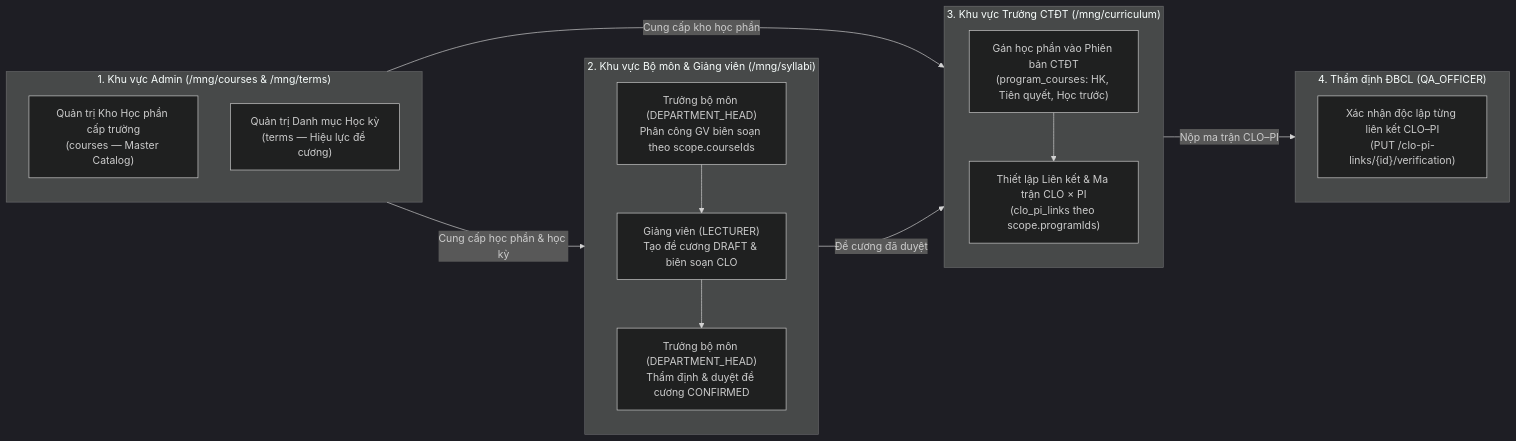
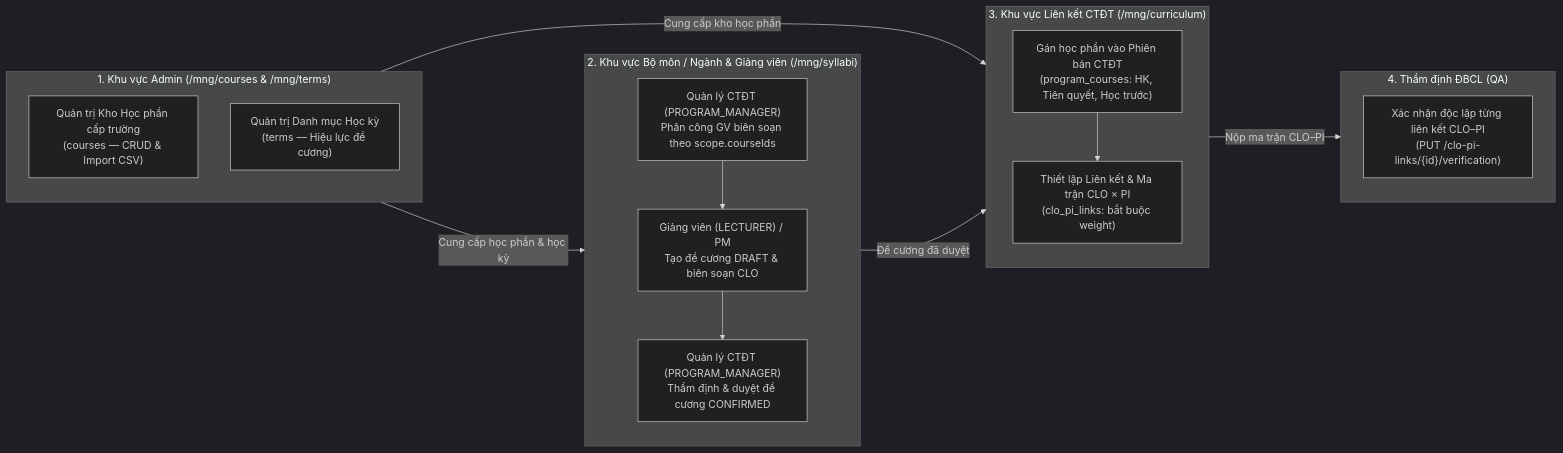
The first of 2 diagrams in doc/plan/F03-hoc-phan-clo-ui.md (UTE-LMS/LMS-UI), drawn with Mermaid (dark theme) before and after one commit. The commit also changed other lines of this file and 59 other files, not shown here.

Commit message:
refactor(ui): streamline 4 roles, upgrade F05b template CSV import, and align LOMS layout with UI.pdf

````diff
--- a/doc/plan/F03-hoc-phan-clo-ui.md
+++ b/doc/plan/F03-hoc-phan-clo-ui.md
@@ -15,29 +15,29 @@
 ```mermaid
 flowchart LR
     subgraph ADMIN_SPACE["1. Khu vực Admin (/mng/courses & /mng/terms)"]
-        A1["Quản trị Kho Học phần cấp trường<br/>(courses — Master Catalog)"]
+        A1["Quản trị Kho Học phần cấp trường<br/>(courses — CRUD & Import CSV)"]
         A2["Quản trị Danh mục Học kỳ<br/>(terms — Hiệu lực đề cương)"]
     end
 
-    subgraph DH_LEC_SPACE["2. Khu vực Bộ môn & Giảng viên (/mng/syllabi)"]
-        D1["Trưởng bộ môn (DEPARTMENT_HEAD)<br/>Phân công GV biên soạn theo scope.courseIds"]
-        L1["Giảng viên (LECTURER)<br/>Tạo đề cương DRAFT & biên soạn CLO"]
-        D2["Trưởng bộ môn (DEPARTMENT_HEAD)<br/>Thẩm định & duyệt đề cương CONFIRMED"]
+    subgraph PM_LEC_SPACE["2. Khu vực Bộ môn / Ngành & Giảng viên (/mng/syllabi)"]
+        D1["Quản lý CTĐT (PROGRAM_MANAGER)<br/>Phân công GV biên soạn theo scope.courseIds"]
+        L1["Giảng viên (LECTURER) / PM<br/>Tạo đề cương DRAFT & biên soạn CLO"]
+        D2["Quản lý CTĐT (PROGRAM_MANAGER)<br/>Thẩm định & duyệt đề cương CONFIRMED"]
         D1 --> L1 --> D2
     end
 
-    subgraph PM_SPACE["3. Khu vực Trưởng CTĐT (/mng/curriculum)"]
+    subgraph PM_SPACE["3. Khu vực Liên kết CTĐT (/mng/curriculum)"]
         P1["Gán học phần vào Phiên bản CTĐT<br/>(program_courses: HK, Tiên quyết, Học trước)"]
-        P2["Thiết lập Liên kết & Ma trận CLO × PI<br/>(clo_pi_links theo scope.programIds)"]
+        P2["Thiết lập Liên kết & Ma trận CLO × PI<br/>(clo_pi_links: bắt buộc weight)"]
         P1 --> P2
     end
 
-    subgraph QA_SPACE["4. Thẩm định ĐBCL (QA_OFFICER)"]
+    subgraph QA_SPACE["4. Thẩm định ĐBCL (QA)"]
         Q1["Xác nhận độc lập từng liên kết CLO–PI<br/>(PUT /clo-pi-links/{id}/verification)"]
     end
 
-    ADMIN_SPACE -- "Cung cấp học phần & học kỳ" --> DH_LEC_SPACE
+    ADMIN_SPACE -- "Cung cấp học phần & học kỳ" --> PM_LEC_SPACE
     ADMIN_SPACE -- "Cung cấp kho học phần" --> PM_SPACE
-    DH_LEC_SPACE -- "Đề cương đã duyệt" --> PM_SPACE
+    PM_LEC_SPACE -- "Đề cương đã duyệt" --> PM_SPACE
     PM_SPACE -- "Nộp ma trận CLO–PI" --> QA_SPACE
 ```
````
